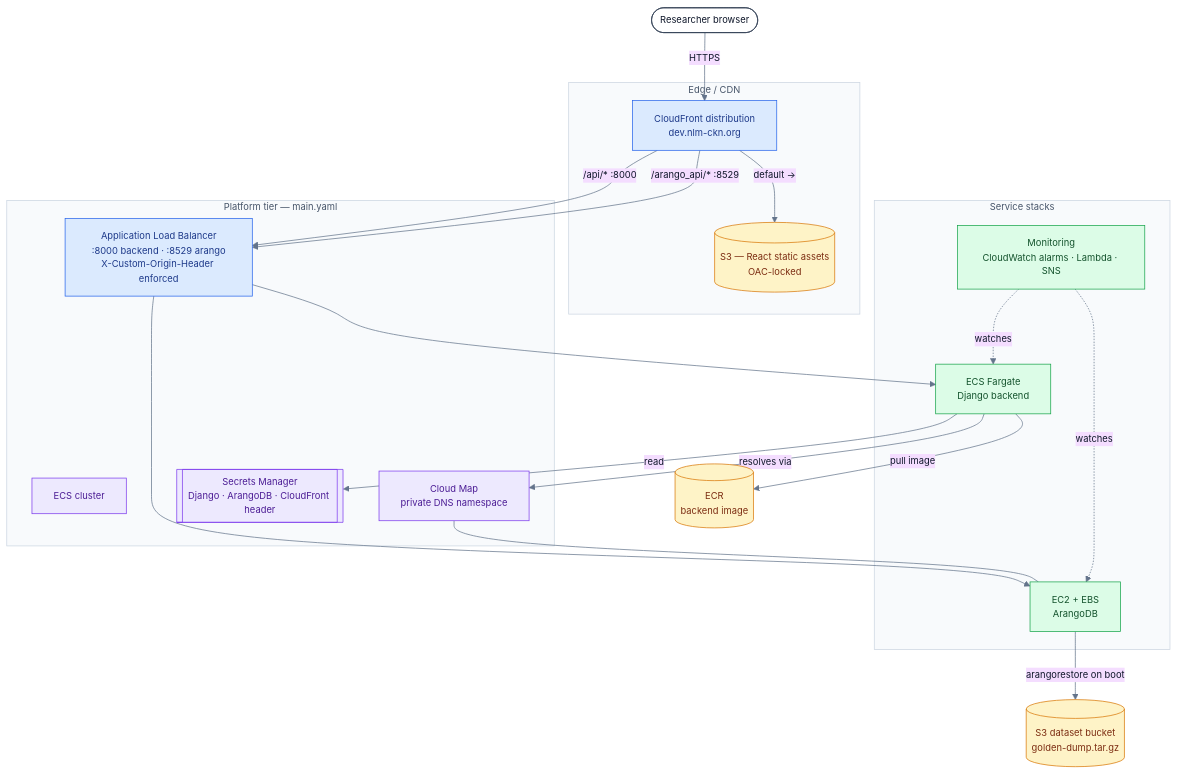
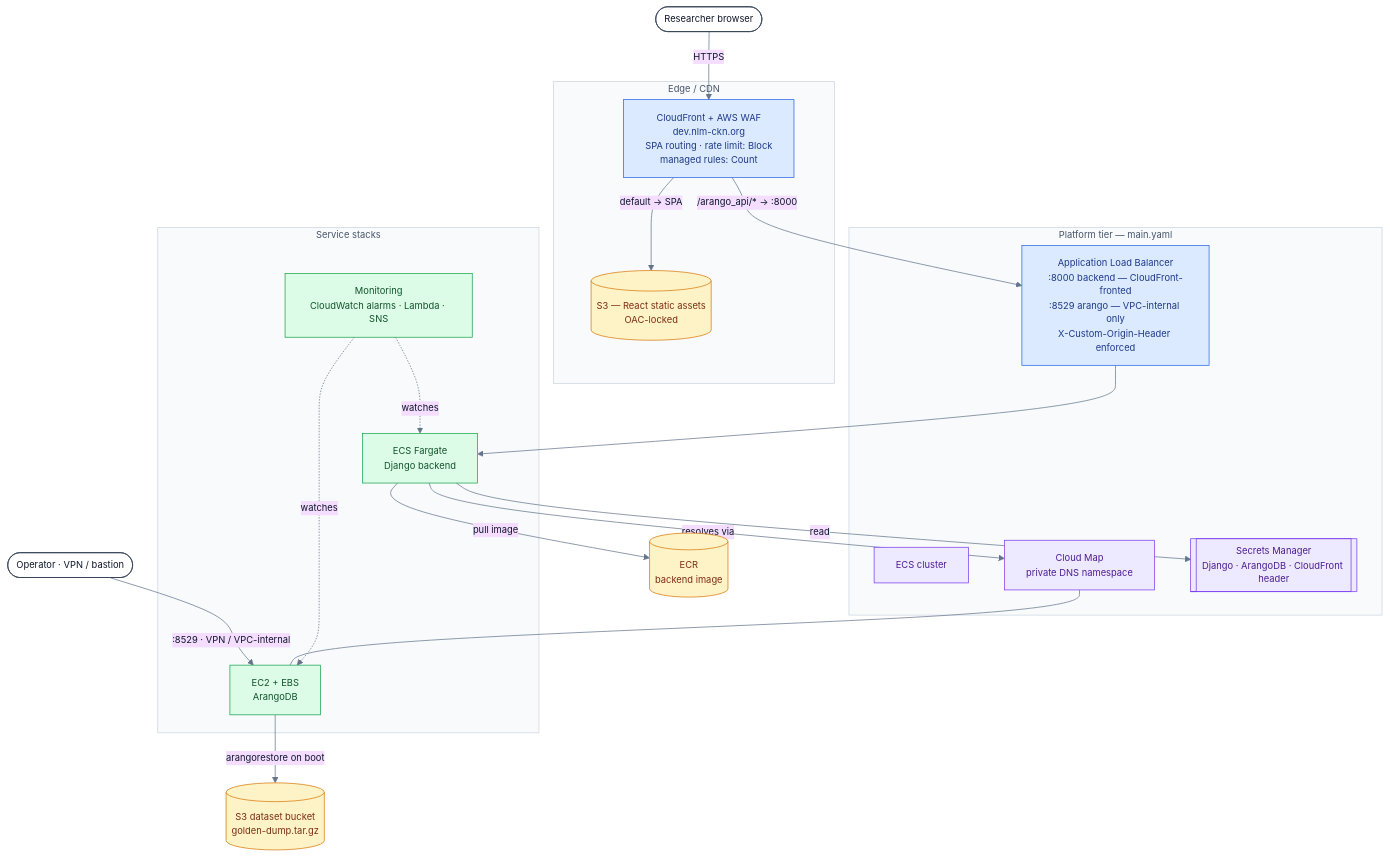
Before and after one commit to Springbok-LLC/nlm-ckn-iac: the diagram in environment/README.md, drawn with Mermaid. The commit also changed other lines of this file and 2 other files, not shown here.

````diff
--- a/environment/README.md
+++ b/environment/README.md
@@ -24,53 +24,53 @@
 ```mermaid
 %%{init: {'theme':'base', 'themeVariables': {'fontFamily':'ui-sans-serif, system-ui, sans-serif', 'fontSize':'13px', 'lineColor':'#64748b', 'primaryTextColor':'#0f172a'}}}%%
 flowchart TB
     user([Researcher browser]):::actor
+    admin([Operator · VPN / bastion]):::actor
 
     subgraph edge[" Edge / CDN "]
-        cf[CloudFront distribution<br/>dev.nlm-ckn.org]:::net
+        cf[CloudFront + AWS WAF<br/>dev.nlm-ckn.org<br/>SPA routing · rate limit: Block<br/>managed rules: Count]:::net
         s3f[(S3 — React static assets<br/>OAC-locked)]:::store
     end
 
     subgraph platform[" Platform tier — main.yaml "]
-        alb[Application Load Balancer<br/>:8000 backend · :8529 arango<br/>X-Custom-Origin-Header enforced]:::net
+        alb[Application Load Balancer<br/>:8000 backend — CloudFront-fronted<br/>:8529 arango — VPC-internal only<br/>X-Custom-Origin-Header enforced]:::net
         cluster[ECS cluster]:::plat
         cloudmap[Cloud Map<br/>private DNS namespace]:::plat
         secrets[[Secrets Manager<br/>Django · ArangoDB · CloudFront header]]:::plat
     end
 
     subgraph services[" Service stacks "]
         backend[ECS Fargate<br/>Django backend]:::compute
         arango[EC2 + EBS<br/>ArangoDB]:::compute
         mon[Monitoring<br/>CloudWatch alarms · Lambda · SNS]:::compute
     end
 
     ecr[(ECR<br/>backend image)]:::store
     dataset[(S3 dataset bucket<br/>golden-dump.tar.gz)]:::store
 
     user -->|HTTPS| cf
-    cf -->|default →| s3f
-    cf -->|/api/* :8000| alb
-    cf -->|/arango_api/* :8529| alb
+    cf -->|default → SPA| s3f
+    cf -->|/arango_api/* → :8000| alb
     alb --> backend
-    alb --> arango
+    admin -->|:8529 · VPN / VPC-internal| arango
 
     backend -->|pull image| ecr
     backend -->|read| secrets
     backend -->|resolves via| cloudmap
     cloudmap --- arango
     arango -->|arangorestore on boot| dataset
     mon -.->|watches| backend
     mon -.->|watches| arango
 
     %% ── node categories (shared palette across environment/ and etl/) ──
     classDef actor   fill:#ffffff,stroke:#334155,stroke-width:1px,color:#0f172a
     classDef net     fill:#dbeafe,stroke:#2563eb,color:#1e3a8a
     classDef plat    fill:#ede9fe,stroke:#7c3aed,color:#4c1d95
     classDef compute fill:#dcfce7,stroke:#16a34a,color:#14532d
     classDef store   fill:#fef3c7,stroke:#d97706,color:#7c2d12
 
     %% ── subgraph tint marks the deployment grouping ──
     style edge     fill:#f8fafc,stroke:#cbd5e1,color:#475569
     style platform fill:#f8fafc,stroke:#cbd5e1,color:#475569
     style services fill:#f8fafc,stroke:#cbd5e1,color:#475569
 ```
````
